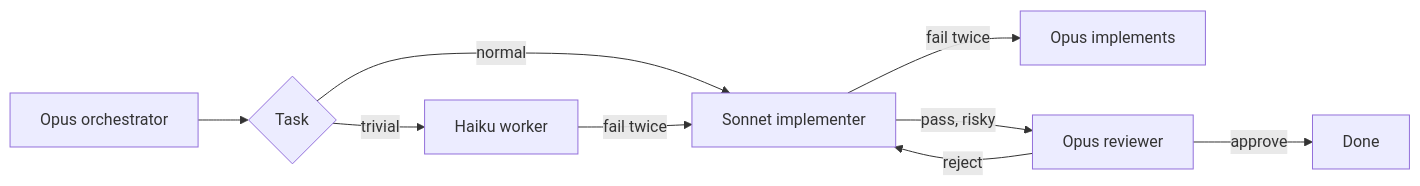
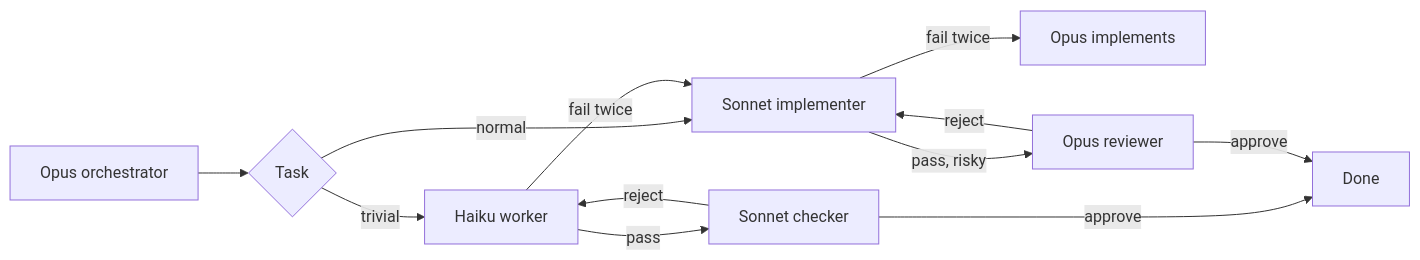
Before and after one commit to edsoncantuaria/cc-tiers: the diagram in README.md, drawn with Mermaid. The commit also changed other lines of this file and 24 other files, not shown here.

````diff
--- a/README.md
+++ b/README.md
@@ -50,11 +51,14 @@
 ```mermaid
 flowchart LR
     A[Opus orchestrator] --> B{Task}
     B -- trivial --> C[Haiku worker]
     B -- normal --> D[Sonnet implementer]
     C -- fail twice --> D
     D -- fail twice --> E[Opus implements]
+    C -- pass --> H[Sonnet checker]
     D -- pass, risky --> F[Opus reviewer]
+    H -- reject --> C
     F -- reject --> D
-    F -- approve --> G[Done]
+    H -- approve --> G[Done]
+    F -- approve --> G
 ```
````
